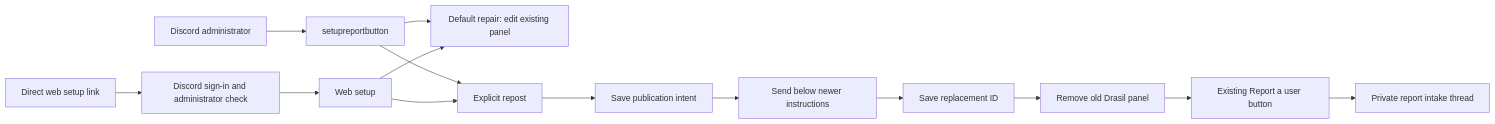
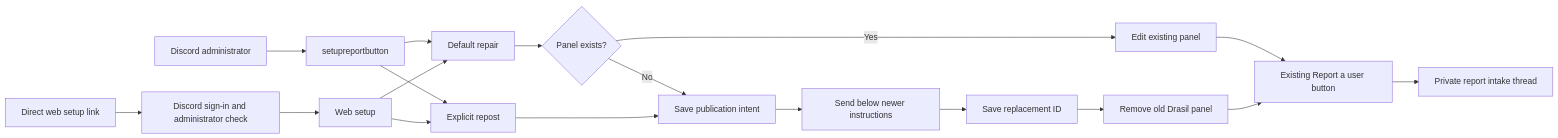
One commit to BASIC-BIT/drasil changed the diagram in docs/report-ux-journeys.md. Above: the diagram before and after it, drawn with Mermaid. The commit also changed other lines of this file and 5 other files, not shown here.

````diff
--- a/docs/report-ux-journeys.md
+++ b/docs/report-ux-journeys.md
@@ -55,16 +58,20 @@
 ```mermaid
 flowchart LR
   Discord[Discord administrator] --> Slash[setupreportbutton]
   Direct[Direct web setup link] --> Auth[Discord sign-in and administrator check]
   Auth --> Setup[Web setup]
-  Slash --> Repair[Default repair: edit existing panel]
+  Slash --> Repair[Default repair]
   Setup --> Repair
+  Repair --> Exists{Panel exists?}
+  Exists -->|Yes| Edit[Edit existing panel]
+  Edit --> Button
+  Exists -->|No| Intent
   Slash --> Repost[Explicit repost]
   Setup --> Repost
   Repost --> Intent[Save publication intent]
   Intent --> Send[Send below newer instructions]
   Send --> Save[Save replacement ID]
   Save --> Delete[Remove old Drasil panel]
   Delete --> Button[Existing Report a user button]
   Button --> Intake[Private report intake thread]
 ```
````
